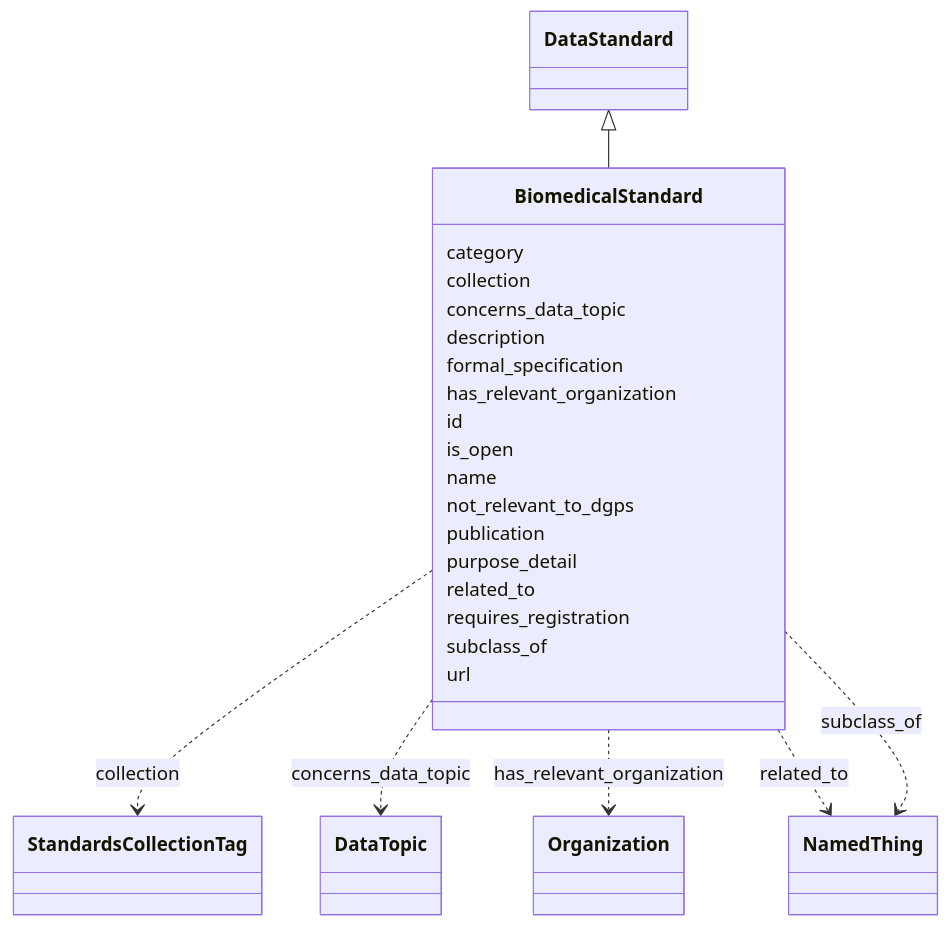
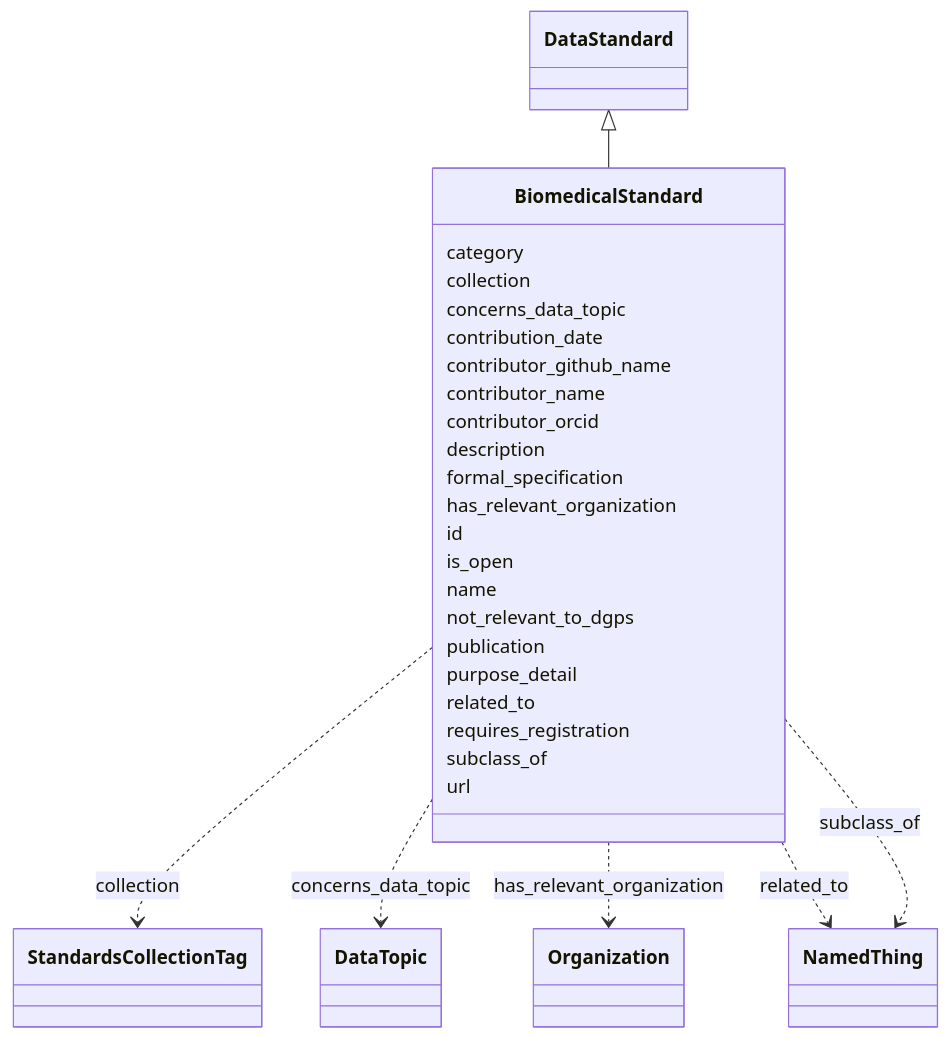
Before and after one commit to bridge2ai/standards-schemas: the diagram in docs/BiomedicalStandard.md, drawn with Mermaid. The commit also changed other lines of this file and 51 other files, not shown here.

````diff
--- a/docs/BiomedicalStandard.md
+++ b/docs/BiomedicalStandard.md
@@ -11,49 +11,57 @@
 ```mermaid
  classDiagram
     class BiomedicalStandard
       DataStandard <|-- BiomedicalStandard
       
       BiomedicalStandard : category
         
       BiomedicalStandard : collection
         
           BiomedicalStandard ..> StandardsCollectionTag : collection
         
       BiomedicalStandard : concerns_data_topic
         
           BiomedicalStandard ..> DataTopic : concerns_data_topic
+        
+      BiomedicalStandard : contribution_date
+        
+      BiomedicalStandard : contributor_github_name
+        
+      BiomedicalStandard : contributor_name
+        
+      BiomedicalStandard : contributor_orcid
         
       BiomedicalStandard : description
         
       BiomedicalStandard : formal_specification
         
       BiomedicalStandard : has_relevant_organization
         
           BiomedicalStandard ..> Organization : has_relevant_organization
         
       BiomedicalStandard : id
         
       BiomedicalStandard : is_open
         
       BiomedicalStandard : name
         
       BiomedicalStandard : not_relevant_to_dgps
         
       BiomedicalStandard : publication
         
       BiomedicalStandard : purpose_detail
         
       BiomedicalStandard : related_to
         
           BiomedicalStandard ..> NamedThing : related_to
         
       BiomedicalStandard : requires_registration
         
       BiomedicalStandard : subclass_of
         
           BiomedicalStandard ..> NamedThing : subclass_of
         
       BiomedicalStandard : url
         
       
 ```
````
